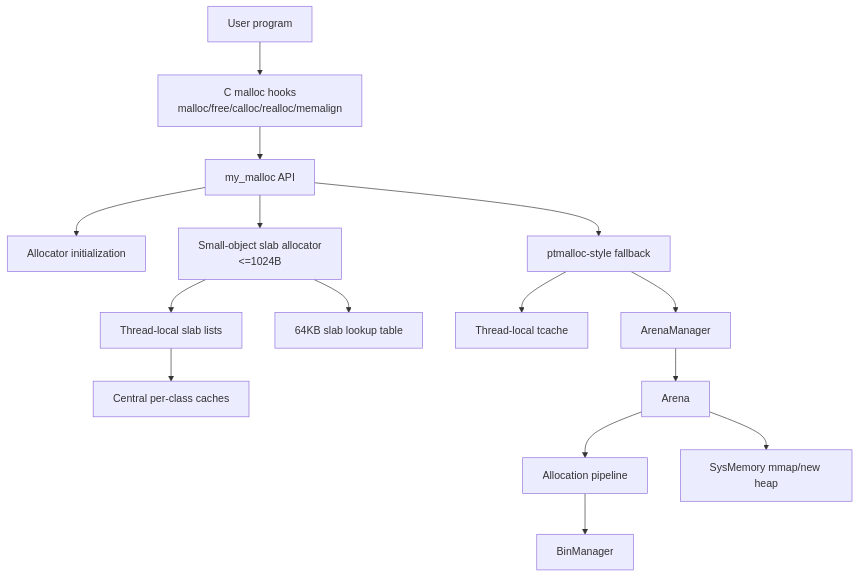
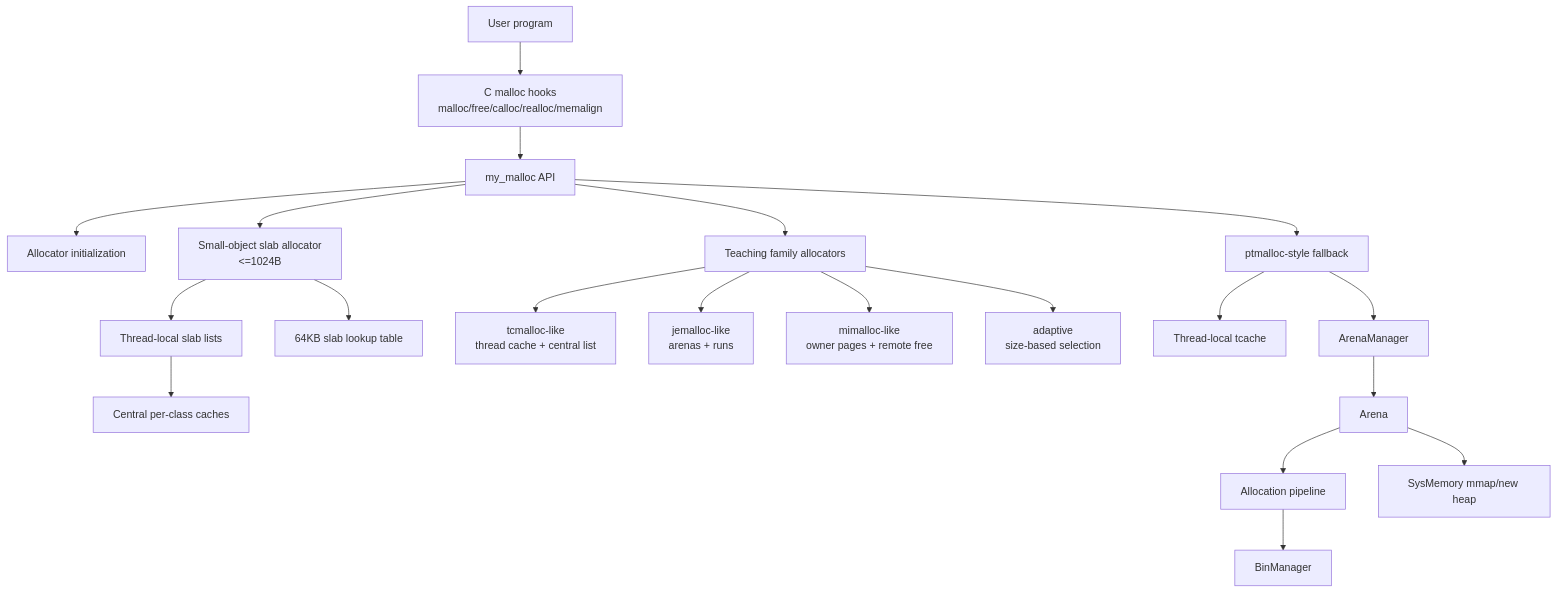
Before and after one commit to sdsasf/my_malloc: the first of 6 diagrams in docs/allocator_design.md, drawn with Mermaid. The commit also changed other lines of this file and 23 other files, not shown here.

Commit message:
Add teaching allocator family modes

````diff
--- a/docs/allocator_design.md
+++ b/docs/allocator_design.md
@@ -33,31 +38,41 @@
 ```mermaid
 flowchart TB
     User["User program"]
     Hooks["C malloc hooks<br/>malloc/free/calloc/realloc/memalign"]
     API["my_malloc API"]
     Init["Allocator initialization"]
 
     Slab["Small-object slab allocator<br/><=1024B"]
     SlabLocal["Thread-local slab lists"]
     SlabCentral["Central per-class caches"]
     SlabLookup["64KB slab lookup table"]
 
     Ptmalloc["ptmalloc-style fallback"]
+    Family["Teaching family allocators"]
+    TCLike["tcmalloc-like<br/>thread cache + central list"]
+    JELike["jemalloc-like<br/>arenas + runs"]
+    MILike["mimalloc-like<br/>owner pages + remote free"]
+    Adaptive["adaptive<br/>size-based selection"]
     Tcache["Thread-local tcache"]
     ArenaMgr["ArenaManager"]
     Arena["Arena"]
     Pipeline["Allocation pipeline"]
     Bins["BinManager"]
     Sys["SysMemory mmap/new heap"]
 
     User --> Hooks --> API --> Init
     API --> Slab
     Slab --> SlabLocal
     SlabLocal --> SlabCentral
     Slab --> SlabLookup
     API --> Ptmalloc
+    API --> Family
+    Family --> TCLike
+    Family --> JELike
+    Family --> MILike
+    Family --> Adaptive
     Ptmalloc --> Tcache
     Ptmalloc --> ArenaMgr --> Arena
     Arena --> Pipeline --> Bins
     Arena --> Sys
 ```
````
